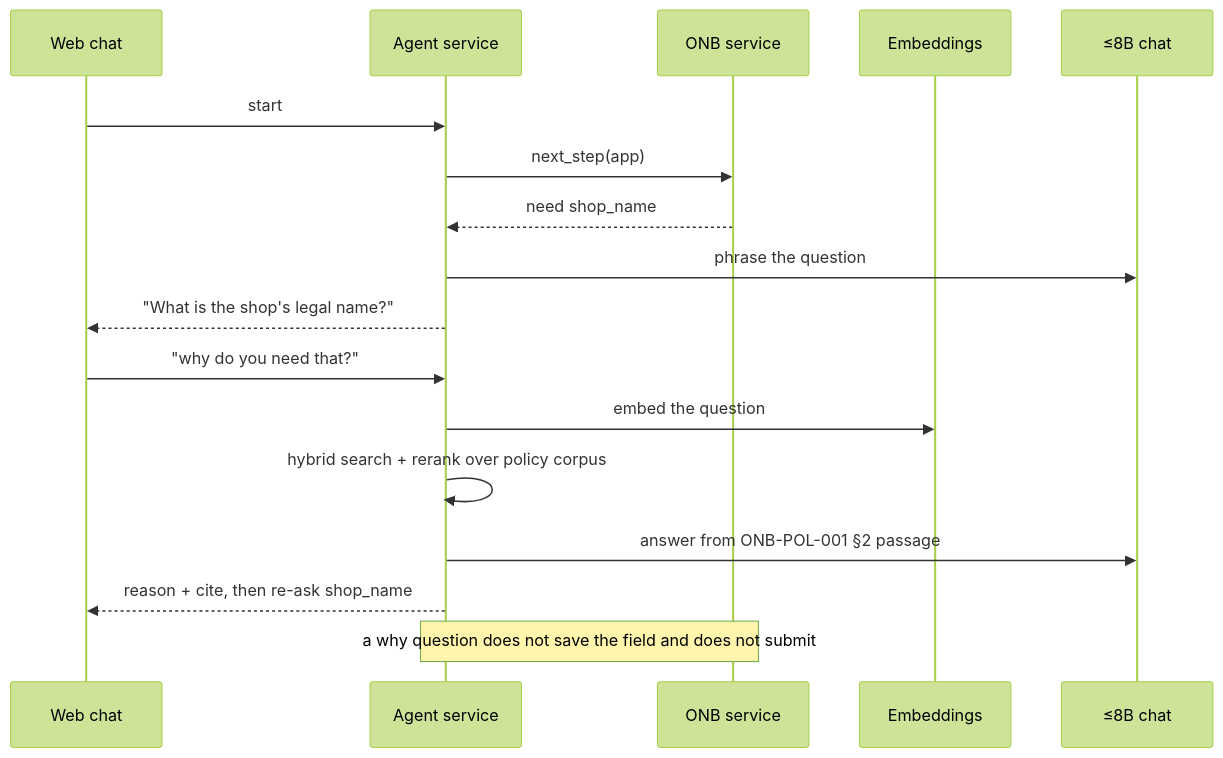
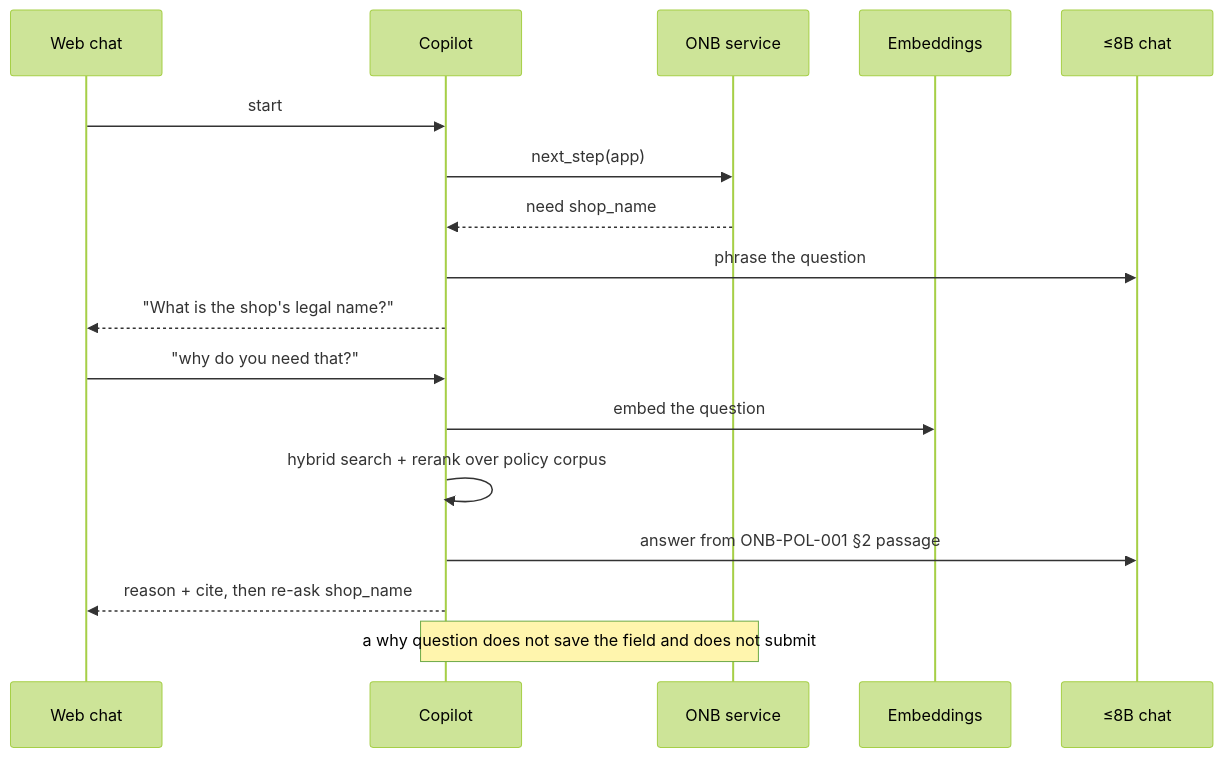
One commit to Capstone-iPe/analysis changed the second of 6 diagrams in docs/ADR-0001-architecture.md. Above: the diagram before and after it, drawn with Mermaid (forest theme). The commit also changed other lines of this file and 1 other file, not shown here.

Commit message:
Call the AI service the copilot in the README and the architecture note.

````diff
--- a/docs/ADR-0001-architecture.md
+++ b/docs/ADR-0001-architecture.md
@@ -102,21 +102,21 @@
 ```mermaid
 sequenceDiagram
   participant FE as Web chat
-  participant A as Agent service
+  participant A as Copilot
   participant ONB as ONB service
   participant E as Embeddings
   participant M as ≤8B chat
 
   FE->>A: start
   A->>ONB: next_step(app)
   ONB-->>A: need shop_name
   A->>M: phrase the question
   A-->>FE: "What is the shop's legal name?"
 
   FE->>A: "why do you need that?"
   A->>E: embed the question
   A->>A: hybrid search + rerank over policy corpus
   A->>M: answer from ONB-POL-001 §2 passage
   A-->>FE: reason + cite, then re-ask shop_name
   Note over A,ONB: a why question does not save the field and does not submit
 ```
````
